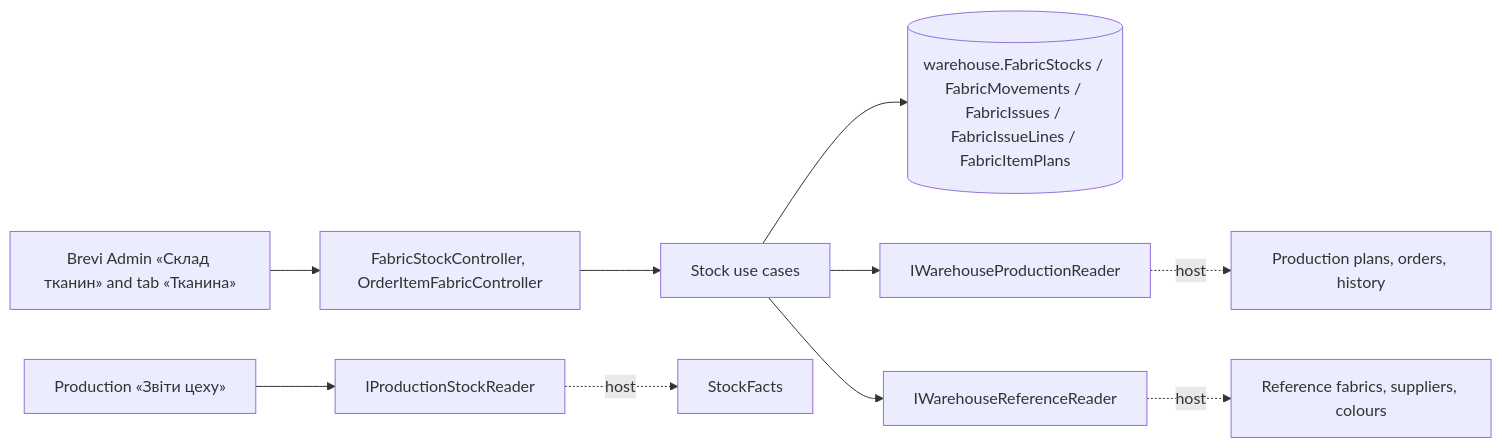
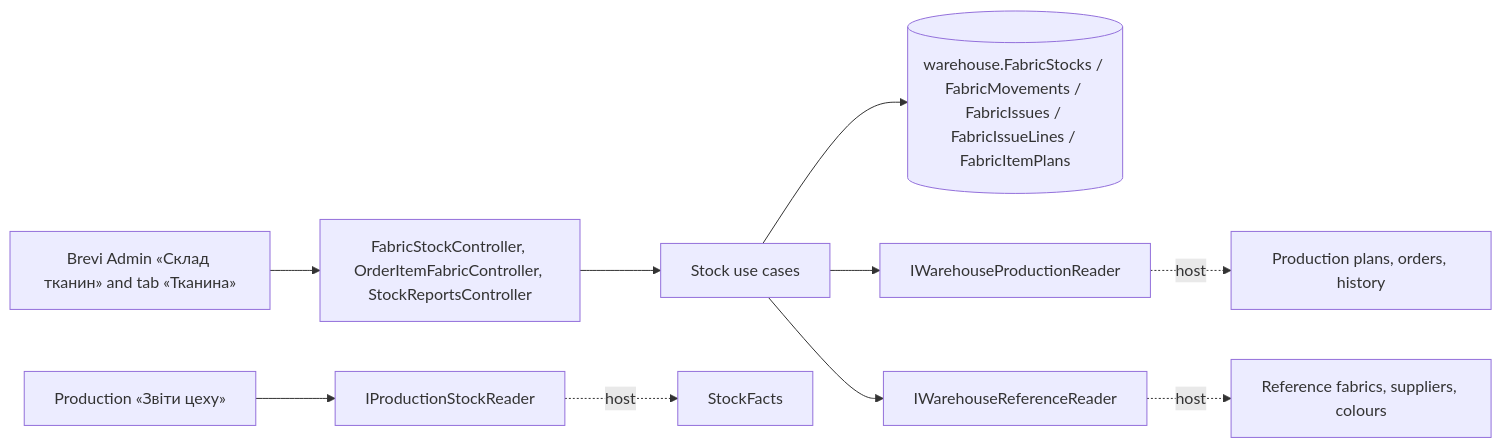
One commit to Weretik/BreviERP changed the diagram in docs/sdd/features/warehouse/fabric-stock.md. Above: the diagram before and after it, drawn with Mermaid. The commit also changed other lines of this file and 28 other files, not shown here.

First line of the commit message:
feat(warehouse): four stock reports and per-product consumption (WH-005)

````diff
--- a/docs/sdd/features/warehouse/fabric-stock.md
+++ b/docs/sdd/features/warehouse/fabric-stock.md
@@ -50,9 +52,9 @@
 ```mermaid
 flowchart LR
-  Admin[Brevi Admin «Склад тканин» and tab «Тканина»] --> Controllers[FabricStockController, OrderItemFabricController]
+  Admin[Brevi Admin «Склад тканин» and tab «Тканина»] --> Controllers[FabricStockController, OrderItemFabricController, StockReportsController]
   Controllers --> UseCases[Stock use cases]
   UseCases --> Db[(warehouse.FabricStocks / FabricMovements / FabricIssues / FabricIssueLines / FabricItemPlans)]
   UseCases --> Plan[IWarehouseProductionReader] -.host.-> Production[Production plans, orders, history]
   UseCases --> Reference[IWarehouseReferenceReader] -.host.-> Ref[Reference fabrics, suppliers, colours]
   Reports[Production «Звіти цеху»] --> Port[IProductionStockReader] -.host.-> Facts[StockFacts]
 ```
````
